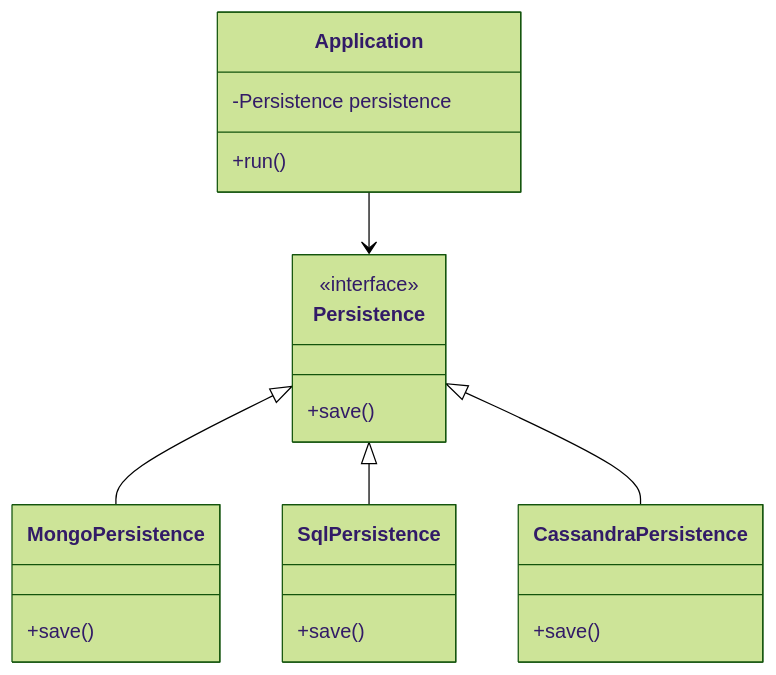
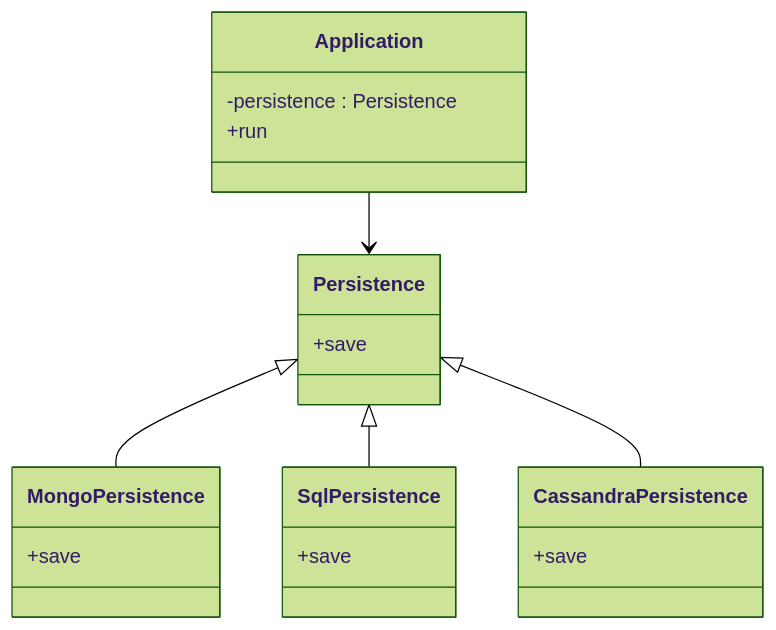
One commit to gojosatoru123-ux/CacheU changed the tenth of 10 diagrams in src/content/lld-solid-principles.md. Above: the diagram before and after it, drawn with Mermaid (forest theme). The commit also changed other lines of this file and 21 other files, not shown here.

````diff
--- a/src/content/lld-solid-principles.md
+++ b/src/content/lld-solid-principles.md
@@ -989,29 +981,28 @@
 ```mermaid
 classDiagram
     class Persistence {
-        <<interface>>
-        +save()
+        +save
     }
 
     class MongoPersistence {
-        +save()
+        +save
     }
 
     class SqlPersistence {
-        +save()
+        +save
     }
 
     class CassandraPersistence {
-        +save()
+        +save
     }
 
     class Application {
-        -Persistence persistence
-        +run()
+        -persistence : Persistence
+        +run
     }
 
     Persistence <|-- MongoPersistence
     Persistence <|-- SqlPersistence
     Persistence <|-- CassandraPersistence
     Application --> Persistence
 ```
````
